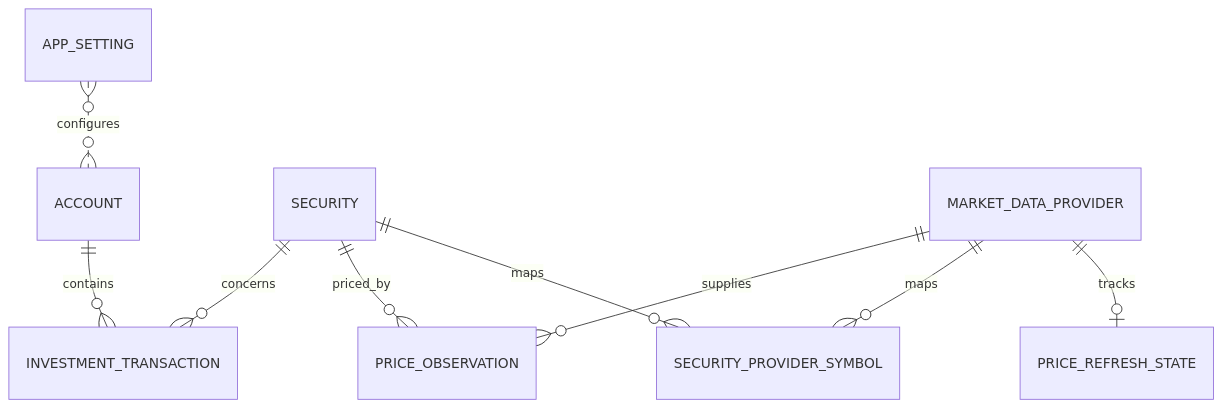
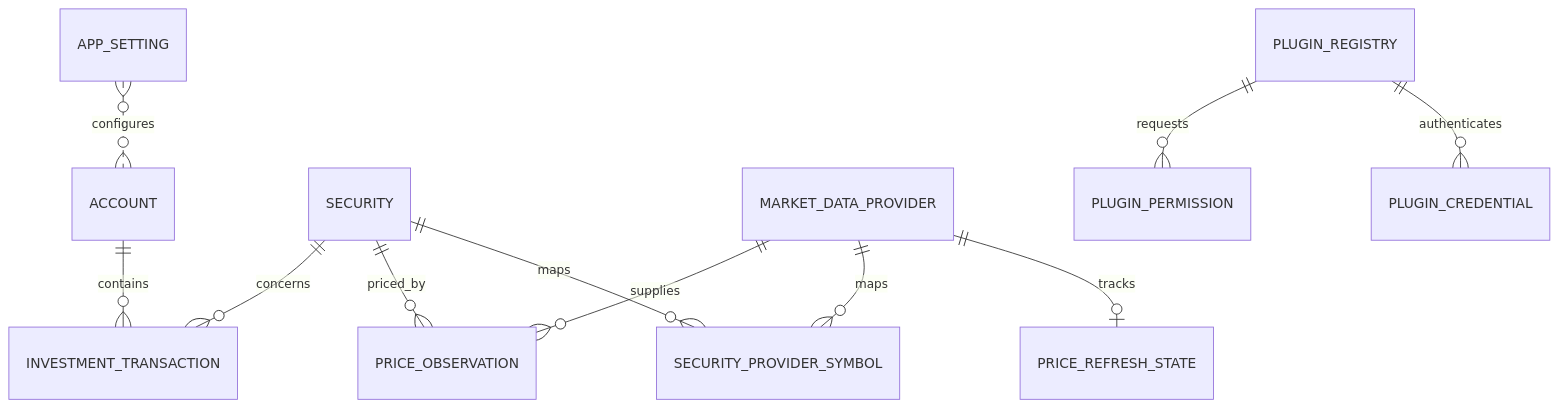
Before and after one commit to fidleton/folio-evaporator: the diagram in architecture/database.md, drawn with Mermaid. The commit also changed other lines of this file and 1 other file, not shown here.

````diff
--- a/architecture/database.md
+++ b/architecture/database.md
@@ -24,11 +24,13 @@
 ```mermaid
 erDiagram
     ACCOUNT ||--o{ INVESTMENT_TRANSACTION : contains
     SECURITY ||--o{ INVESTMENT_TRANSACTION : concerns
     SECURITY ||--o{ PRICE_OBSERVATION : priced_by
     MARKET_DATA_PROVIDER ||--o{ PRICE_OBSERVATION : supplies
     MARKET_DATA_PROVIDER ||--o{ SECURITY_PROVIDER_SYMBOL : maps
     SECURITY ||--o{ SECURITY_PROVIDER_SYMBOL : maps
     MARKET_DATA_PROVIDER ||--o| PRICE_REFRESH_STATE : tracks
+    PLUGIN_REGISTRY ||--o{ PLUGIN_PERMISSION : requests
+    PLUGIN_REGISTRY ||--o{ PLUGIN_CREDENTIAL : authenticates
     APP_SETTING }o..o{ ACCOUNT : configures
 ```
````
